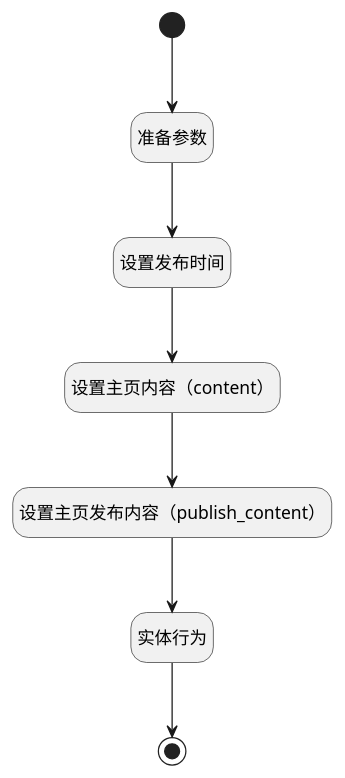
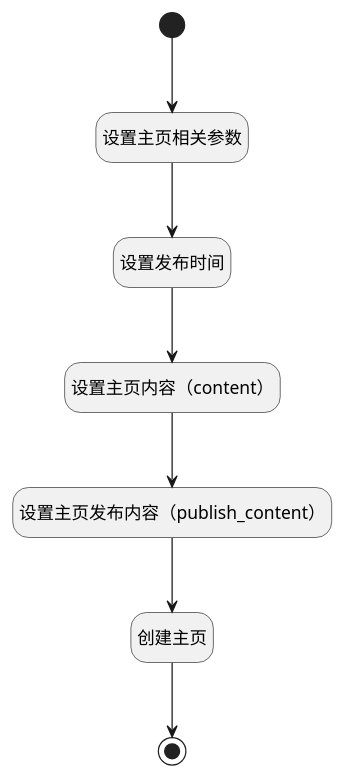
One commit to iBizLab/plm changed the diagram in doc/docsify/module/Wiki/space/logic/auto_create_home_page.md. Above: the diagram before and after it, drawn with PlantUML. The commit also changed other lines of this file and 2344 other files, not shown here.

````diff
--- a/doc/docsify/module/Wiki/space/logic/auto_create_home_page.md
+++ b/doc/docsify/module/Wiki/space/logic/auto_create_home_page.md
@@ -7,29 +7,29 @@
 ```plantuml
 @startuml
 hide empty description
 <style>
 root {
   HyperlinkColor #42b983
 }
 </style>
 
 hide empty description
 state "开始" as Begin <<start>> [[$./auto_create_home_page#begin {"开始"}]]
 state "结束" as END1 <<end>> [[$./auto_create_home_page#end1 {"结束"}]]
-state "准备参数" as PREPAREPARAM1  [[$./auto_create_home_page#prepareparam1 {"准备参数"}]]
-state "实体行为" as DEACTION1  [[$./auto_create_home_page#deaction1 {"实体行为"}]]
+state "设置主页相关参数" as PREPAREPARAM1  [[$./auto_create_home_page#prepareparam1 {"设置主页相关参数"}]]
+state "创建主页" as DEACTION1  [[$./auto_create_home_page#deaction1 {"创建主页"}]]
 state "设置发布时间" as RAWSFCODE3  [[$./auto_create_home_page#rawsfcode3 {"设置发布时间"}]]
 state "设置主页内容（content）" as RAWSFCODE1  [[$./auto_create_home_page#rawsfcode1 {"设置主页内容（content）"}]]
 state "设置主页发布内容（publish_content）" as RAWSFCODE2  [[$./auto_create_home_page#rawsfcode2 {"设置主页发布内容（publish_content）"}]]
 
 
 Begin --> PREPAREPARAM1
 PREPAREPARAM1 --> RAWSFCODE3
 RAWSFCODE3 --> RAWSFCODE1
 RAWSFCODE1 --> RAWSFCODE2
 RAWSFCODE2 --> DEACTION1
 DEACTION1 --> END1
 
 
 @enduml
 ```
````
